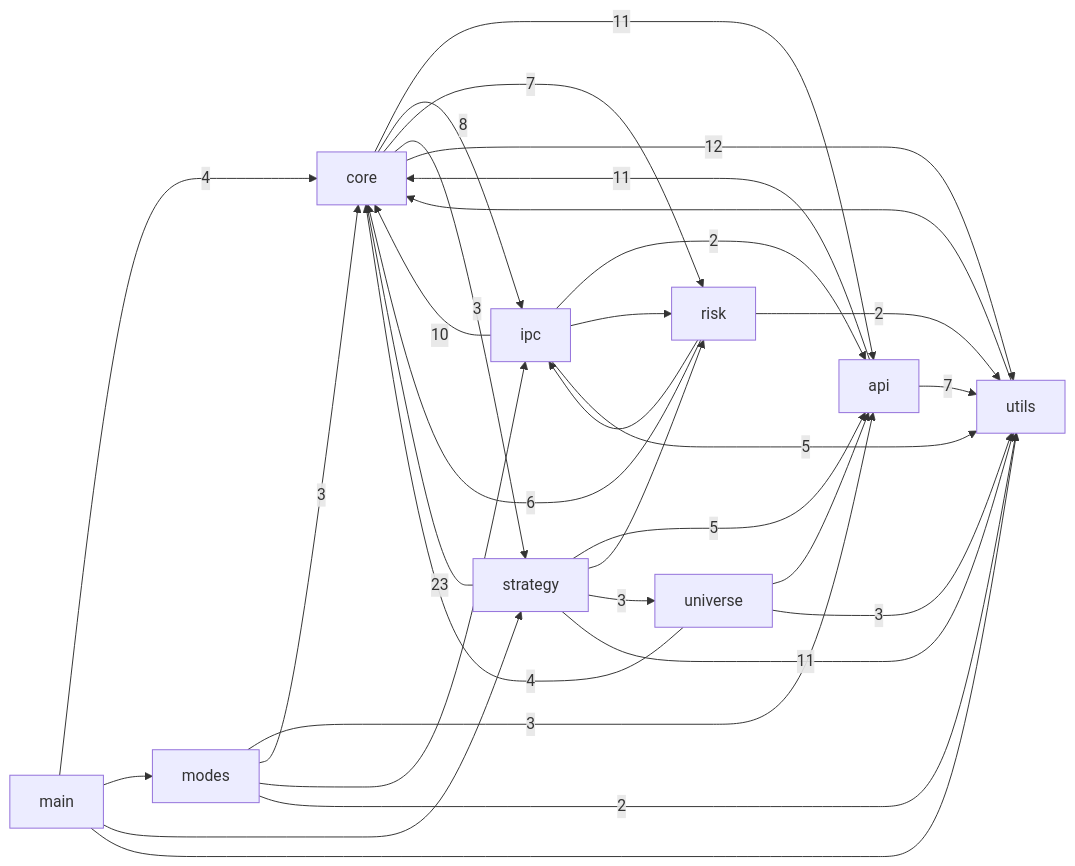
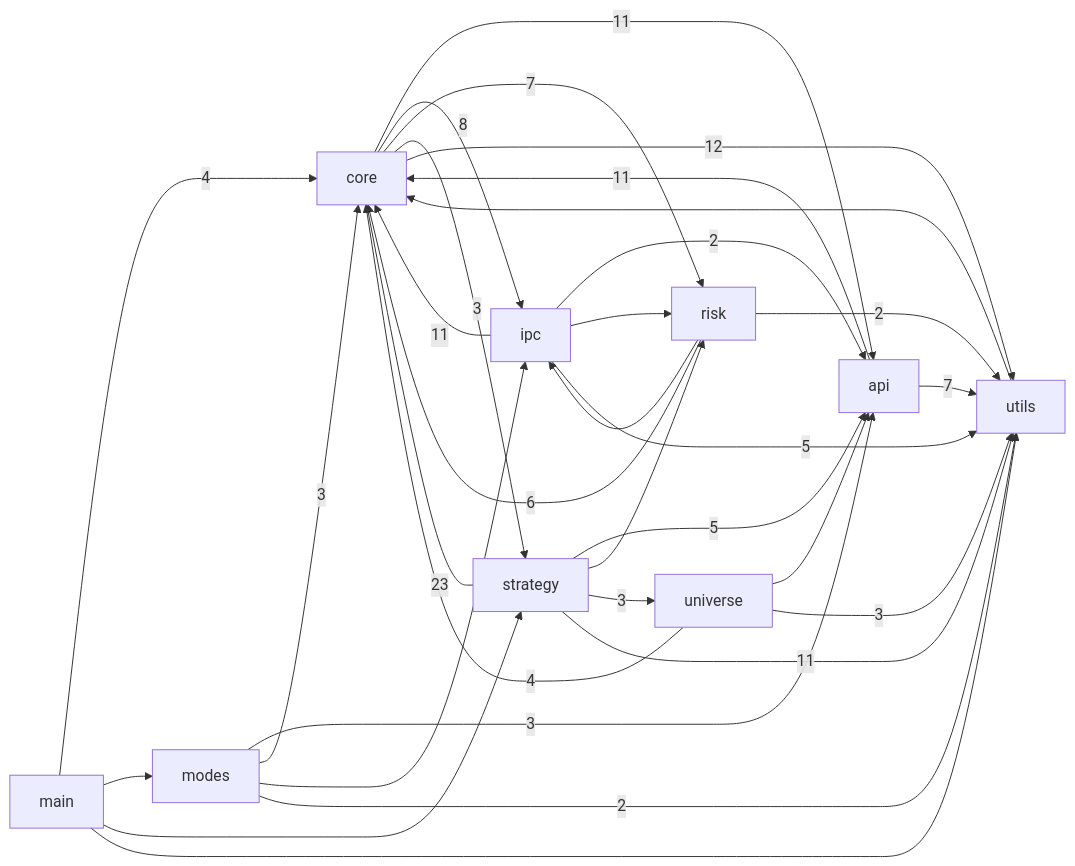
One commit to pypy8171/Quant changed the first of 3 diagrams in docs/CODE_GRAPH.md. Above: the diagram before and after it, drawn with Mermaid. The commit also changed other lines of this file and 10 other files, not shown here.

````diff
--- a/docs/CODE_GRAPH.md
+++ b/docs/CODE_GRAPH.md
@@ -10,43 +10,43 @@
 ```mermaid
 graph LR
   main[main]
   modes[modes]
   core[core]
   strategy[strategy]
   api[api]
   universe[universe]
   risk[risk]
   ipc[ipc]
   utils[utils]
   api -->|11| core
   api -->|7| utils
   core -->|11| api
   core -->|8| ipc
   core -->|7| risk
   core -->|3| strategy
   core -->|12| utils
   ipc -->|2| api
-  ipc -->|10| core
+  ipc -->|11| core
   ipc --> risk
   ipc -->|5| utils
   main -->|4| core
   main --> modes
   main --> strategy
   main --> utils
   modes -->|3| api
   modes -->|3| core
   modes --> ipc
   modes -->|2| utils
   risk -->|6| core
   risk --> ipc
   risk -->|2| utils
   strategy -->|5| api
   strategy -->|23| core
   strategy --> risk
   strategy -->|3| universe
   strategy -->|11| utils
   universe --> api
   universe -->|4| core
   universe -->|3| utils
   utils --> core
 ```
````
